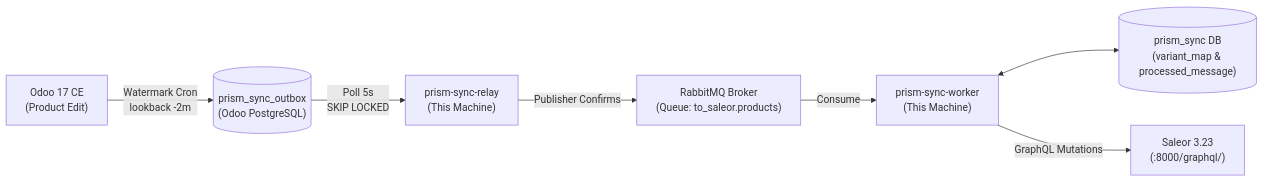
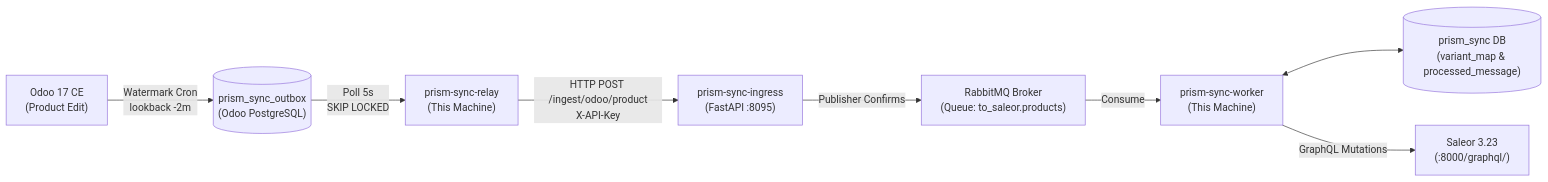
The diagram in README.md (Arshu45/sync-layer-saleor), drawn with Mermaid before and after one commit. The commit also changed other lines of this file and 8 other files, not shown here.

````diff
--- a/README.md
+++ b/README.md
@@ -31,9 +32,10 @@
 ```mermaid
 flowchart LR
-    Odoo["Odoo 17 CE\n(Product Edit)"] -->|Watermark Cron\nlookback -2m| Outbox[("prism_sync_outbox\n(Odoo PostgreSQL)")]
-    Outbox -->|Poll 5s\nSKIP LOCKED| Relay["prism-sync-relay\n(This Machine)"]
-    Relay -->|Publisher Confirms| RabbitMQ["RabbitMQ Broker\n(Queue: to_saleor.products)"]
-    RabbitMQ -->|Consume| Worker["prism-sync-worker\n(This Machine)"]
-    Worker <--> SyncDB[("prism_sync DB\n(variant_map & processed_message)")]
-    Worker -->|GraphQL Mutations| Saleor["Saleor 3.23\n(:8000/graphql/)"]
+    Odoo["Odoo 17 CE<br/>(Product Edit)"] -->|Watermark Cron<br/>lookback -2m| Outbox[("prism_sync_outbox<br/>(Odoo PostgreSQL)")]
+    Outbox -->|Poll 5s<br/>SKIP LOCKED| Relay["prism-sync-relay<br/>(This Machine)"]
+    Relay -->|HTTP POST /ingest/odoo/product<br/>X-API-Key| Ingress["prism-sync-ingress<br/>(FastAPI :8095)"]
+    Ingress -->|Publisher Confirms| RabbitMQ["RabbitMQ Broker<br/>(Queue: to_saleor.products)"]
+    RabbitMQ -->|Consume| Worker["prism-sync-worker<br/>(This Machine)"]
+    Worker <--> SyncDB[("prism_sync DB<br/>(variant_map & processed_message)")]
+    Worker -->|GraphQL Mutations| Saleor["Saleor 3.23<br/>(:8000/graphql/)"]
 ```
````
